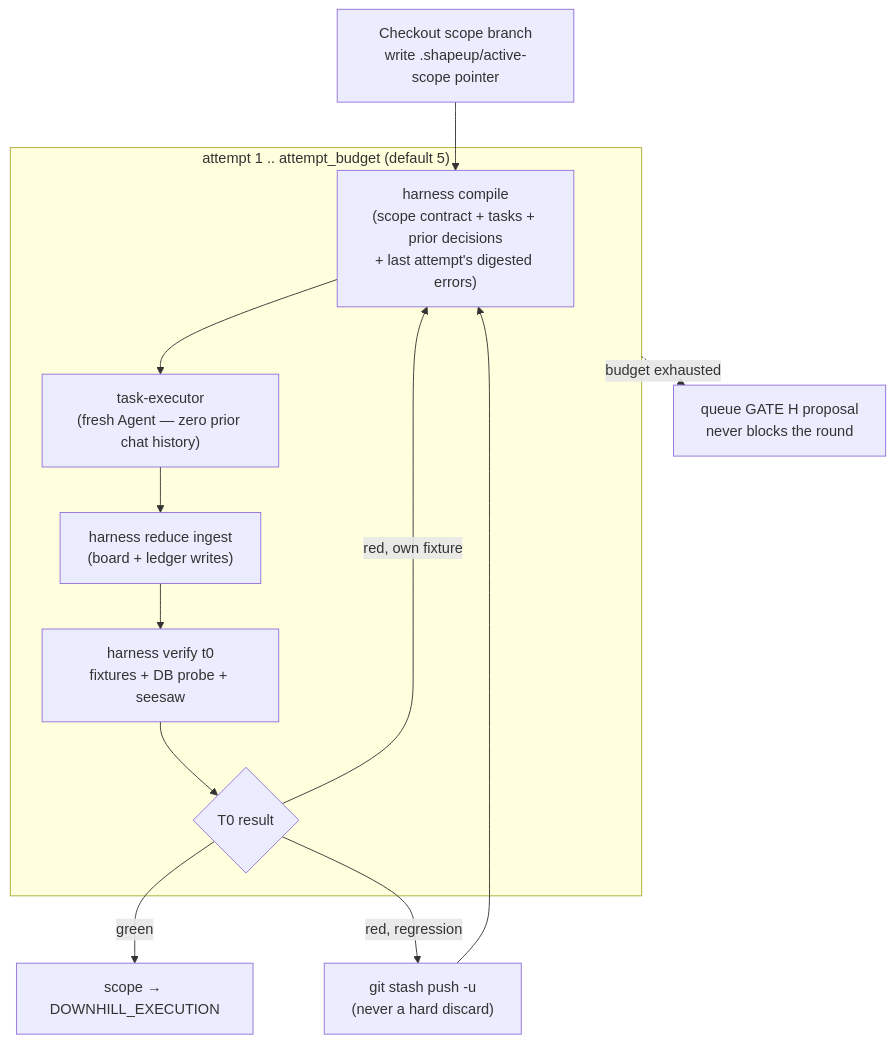
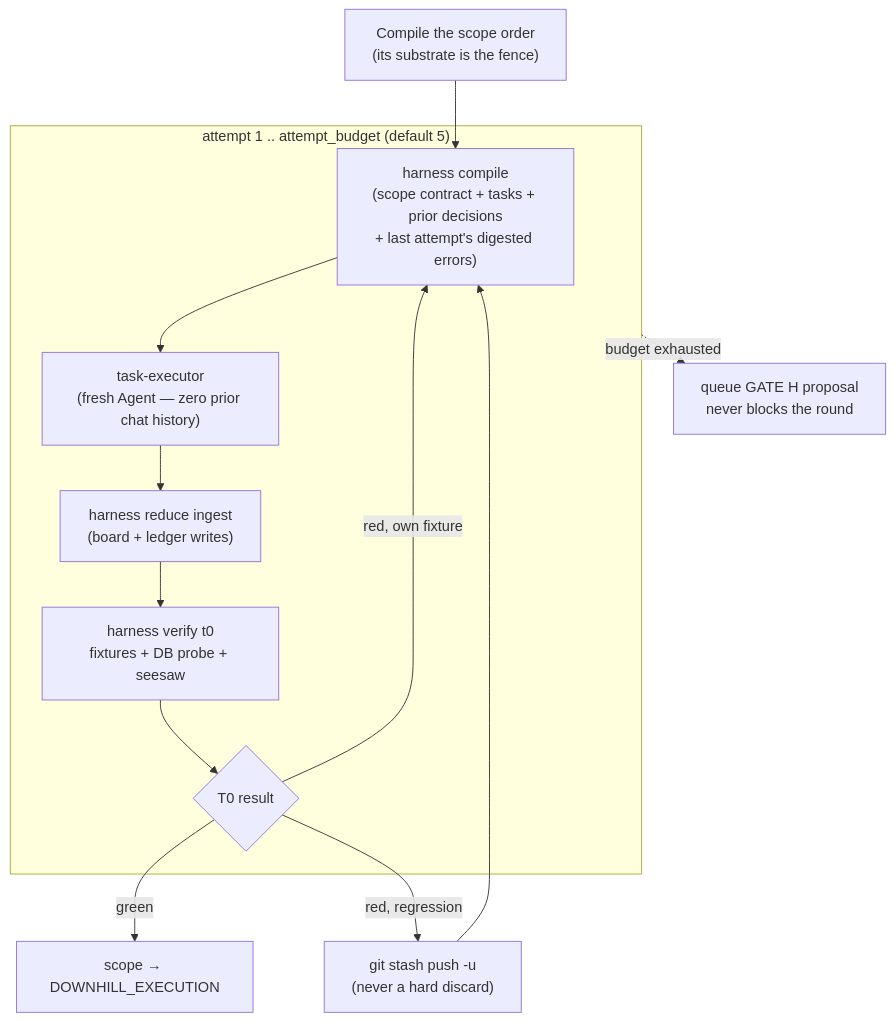
Before and after one commit to nguyenvanphituoc/shapeup-sdlc-plugin: the diagram in docs/design/04-functional-design.md, drawn with Mermaid. The commit also changed 7 other files, not shown here.

````diff
--- a/docs/design/04-functional-design.md
+++ b/docs/design/04-functional-design.md
@@ -27,14 +27,14 @@
 ```mermaid
 flowchart TD
-    S0["Checkout scope branch\nwrite .shapeup/active-scope pointer"] --> A1
+    S0["Compile the scope order\n(its substrate is the fence)"] --> A1
     subgraph LOOP["attempt 1 .. attempt_budget (default 5)"]
       A1["harness compile\n(scope contract + tasks + prior decisions\n+ last attempt's digested errors)"] --> A2["task-executor\n(fresh Agent — zero prior chat history)"]
       A2 --> A3["harness reduce ingest\n(board + ledger writes)"]
       A3 --> A6["harness verify t0\nfixtures + DB probe + seesaw"]
       A6 --> A7{"T0 result"}
     end
     A7 -- green --> DONE["scope → DOWNHILL_EXECUTION"]
     A7 -- "red, regression" --> STASH["git stash push -u\n(never a hard discard)"] --> A1
     A7 -- "red, own fixture" --> A1
     LOOP -. budget exhausted .-> HAMMER["queue GATE H proposal\nnever blocks the round"]
 ```
````
